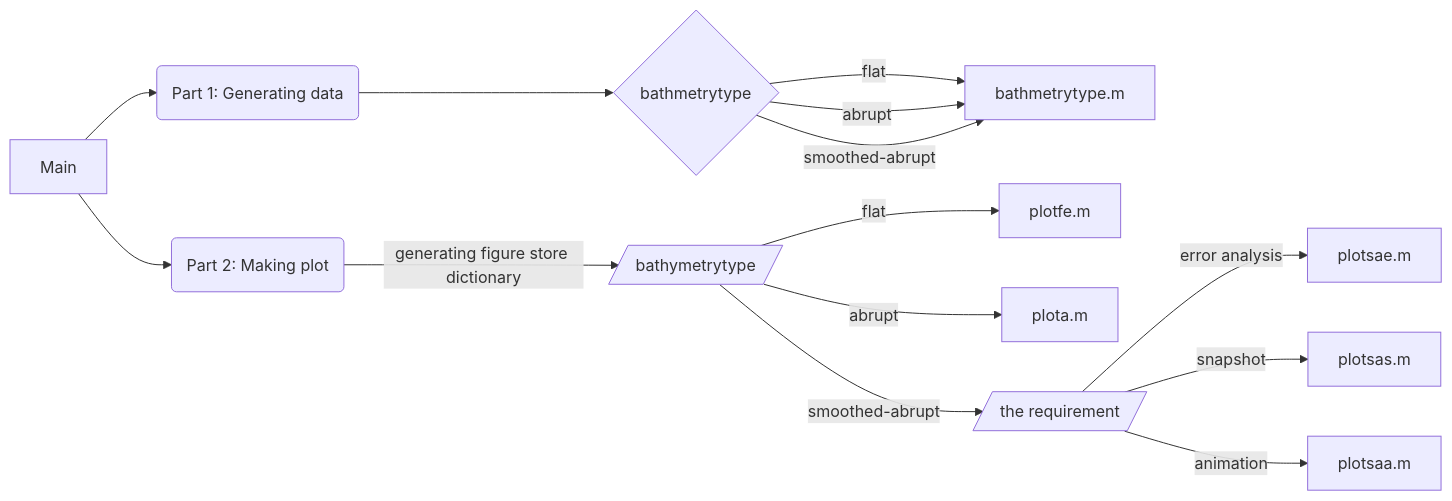
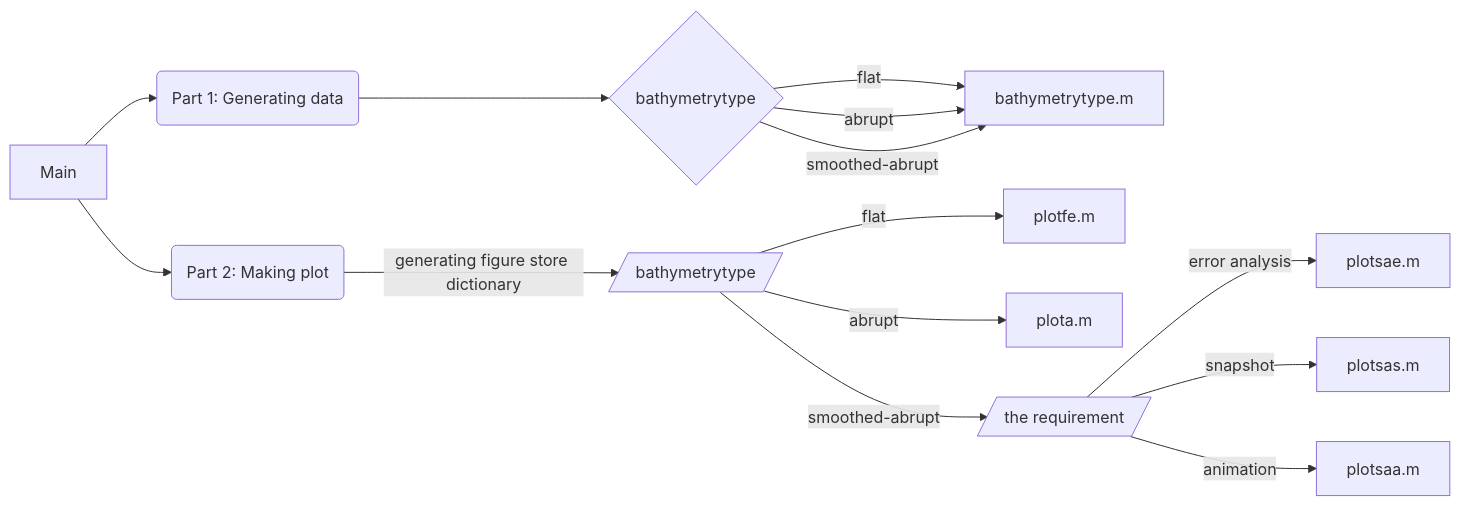
The diagram in Assignment3/Readme.md (Awecean/Computational-Method-of-Shallow-Water-Wave), drawn with Mermaid before and after one commit. The commit also changed other lines of this file, not shown here.

````diff
--- a/Assignment3/Readme.md
+++ b/Assignment3/Readme.md
@@ -4,20 +4,20 @@
 ```mermaid
 graph LR
    A[Main]-->B(Part 1: Generating data)
    A[Main]-->C(Part 2: Making plot)
    
-   B --> D{bathmetrytype}
-   D -->|flat| E[bathmetrytype.m]
+   B --> D{bathymetrytype}
+   D -->|flat| E[bathymetrytype.m]
    D -->|abrupt| E
    D -->|smoothed-abrupt| E
 
    C --> |generating figure store dictionary| F[/bathymetrytype/]
    F --> |flat| G[plotfe.m]
    F --> |abrupt| H[plota.m]
    F --> |smoothed-abrupt| I[/the requirement/]
 
    I --> |error analysis| J[plotsae.m]
    I --> |snapshot| K[plotsas.m]
    I --> |animation| L[plotsaa.m]
 
 ```
````
